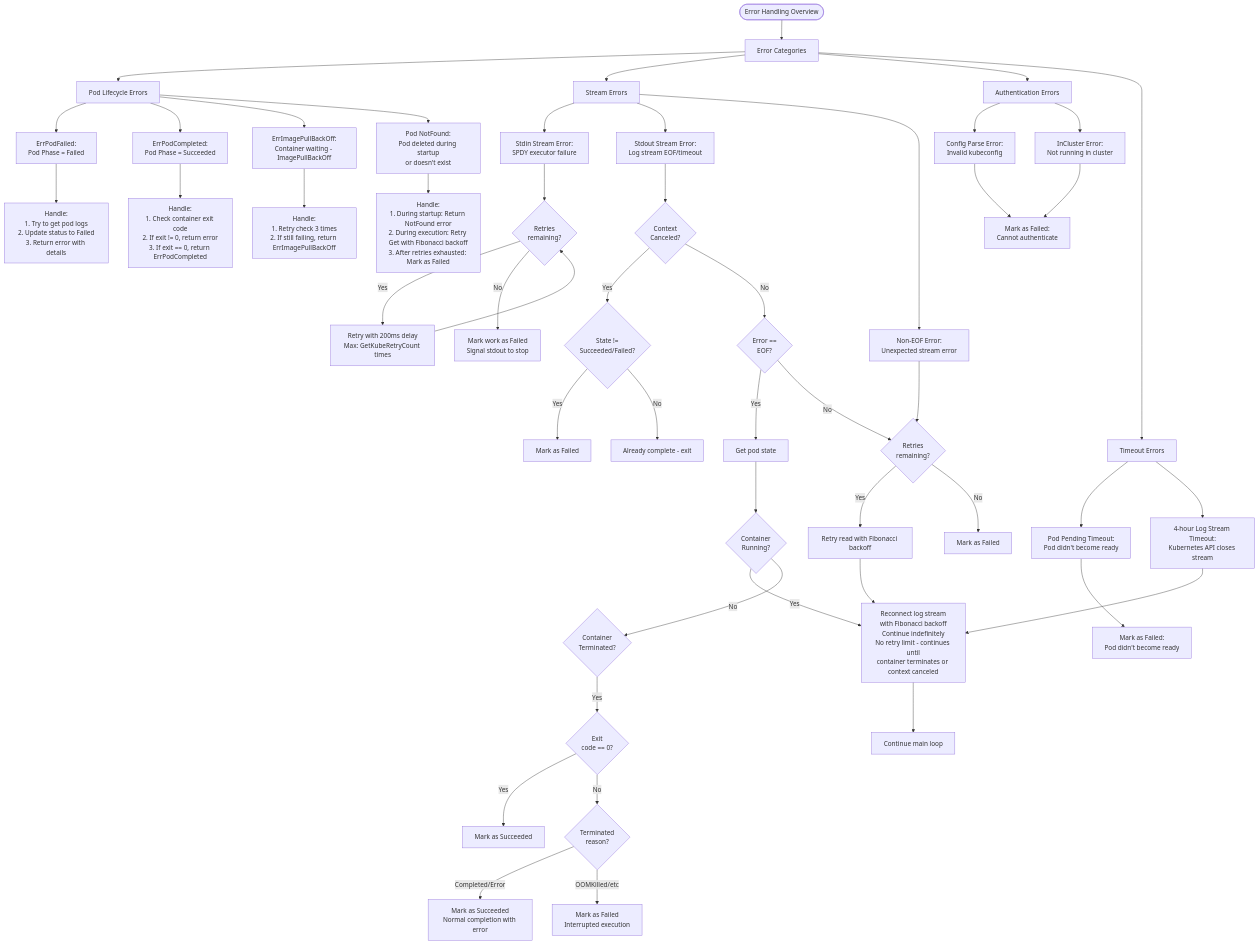
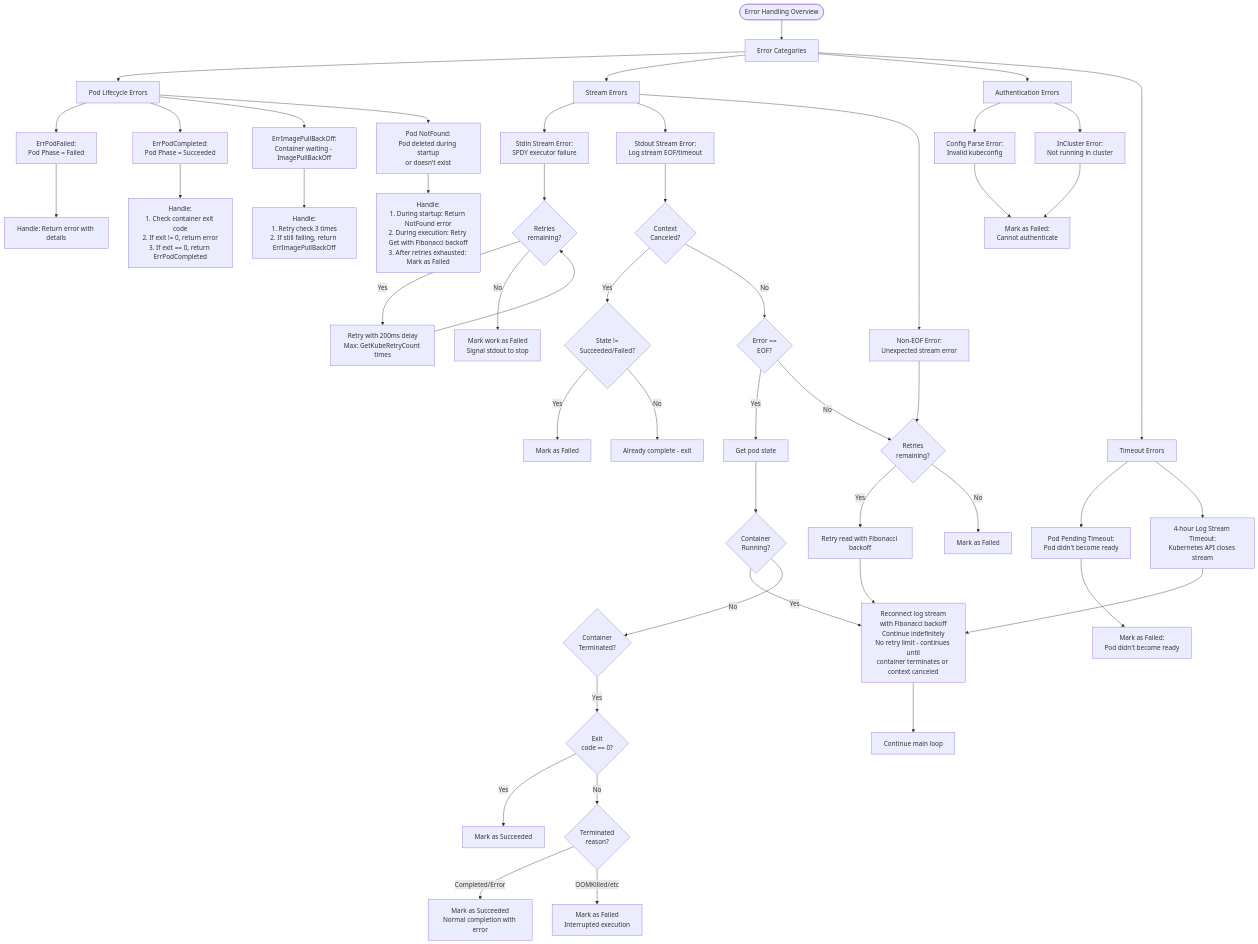
The seventh of 7 diagrams in docs/diagrams/kubernetes_workflow.md (ansible/receptor), drawn with Mermaid before and after one commit.

````diff
--- a/docs/diagrams/kubernetes_workflow.md
+++ b/docs/diagrams/kubernetes_workflow.md
@@ -683,69 +683,69 @@
 ```mermaid
 flowchart TD
     Start([Error Handling Overview]) --> ErrorTypes[Error Categories]
     
     ErrorTypes --> PodErrors[Pod Lifecycle Errors]
     ErrorTypes --> StreamErrors[Stream Errors]
     ErrorTypes --> AuthErrors[Authentication Errors]
     ErrorTypes --> TimeoutErrors[Timeout Errors]
     
     PodErrors --> PodFailed[ErrPodFailed:<br/>Pod Phase = Failed]
     PodErrors --> PodCompleted[ErrPodCompleted:<br/>Pod Phase = Succeeded]
     PodErrors --> ImagePullBack[ErrImagePullBackOff:<br/>Container waiting - ImagePullBackOff]
     PodErrors --> NotFound[Pod NotFound:<br/>Pod deleted during startup<br/>or doesn't exist]
 
     StreamErrors --> StdinError[Stdin Stream Error:<br/>SPDY executor failure]
     StreamErrors --> StdoutError[Stdout Stream Error:<br/>Log stream EOF/timeout]
     StreamErrors --> NonEOFError[Non-EOF Error:<br/>Unexpected stream error]
 
     AuthErrors --> ConfigError[Config Parse Error:<br/>Invalid kubeconfig]
     AuthErrors --> ClusterError[InCluster Error:<br/>Not running in cluster]
 
     TimeoutErrors --> PodPendingTimeout[Pod Pending Timeout:<br/>Pod didn't become ready]
     TimeoutErrors --> LogStreamTimeout[4-hour Log Stream Timeout:<br/>Kubernetes API closes stream]
 
-    PodFailed --> HandlePodFailed[Handle:<br/>1. Try to get pod logs<br/>2. Update status to Failed<br/>3. Return error with details]
+    PodFailed --> HandlePodFailed[Handle: Return error with details]
 
     PodCompleted --> HandlePodCompleted[Handle:<br/>1. Check container exit code<br/>2. If exit != 0, return error<br/>3. If exit == 0, return ErrPodCompleted]
 
     ImagePullBack --> HandleImagePull[Handle:<br/>1. Retry check 3 times<br/>2. If still failing, return ErrImagePullBackOff]
 
     NotFound --> HandleNotFound[Handle:<br/>1. During startup: Return NotFound error<br/>2. During execution: Retry Get with Fibonacci backoff<br/>3. After retries exhausted: Mark as Failed]
     
     StdinError --> RetryStdin{Retries<br/>remaining?}
     RetryStdin -->|Yes| RetryStdinAction[Retry with 200ms delay<br/>Max: GetKubeRetryCount times]
     RetryStdinAction --> RetryStdin
     RetryStdin -->|No| FailStdin[Mark work as Failed<br/>Signal stdout to stop]
     
     StdoutError --> CheckContext{Context<br/>Canceled?}
     CheckContext -->|Yes| CheckState{State !=<br/>Succeeded/Failed?}
     CheckState -->|Yes| FailContext[Mark as Failed]
     CheckState -->|No| ExitContext[Already complete - exit]
     
     CheckContext -->|No| CheckEOF{Error ==<br/>EOF?}
     CheckEOF -->|Yes| CheckPodState[Get pod state]
     CheckPodState --> PodRunning{Container<br/>Running?}
     PodRunning -->|Yes| ReconnectLogs[Reconnect log stream<br/>with Fibonacci backoff<br/>Continue indefinitely<br/>No retry limit - continues until<br/>container terminates or context canceled]
     
     PodRunning -->|No| PodTerminated{Container<br/>Terminated?}
     PodTerminated -->|Yes| CheckExit{Exit<br/>code == 0?}
     CheckExit -->|Yes| Success[Mark as Succeeded]
     CheckExit -->|No| CheckReason{Terminated<br/>reason?}
     CheckReason -->|Completed/Error| SuccessNormal[Mark as Succeeded<br/>Normal completion with error]
     CheckReason -->|OOMKilled/etc| FailInterrupted[Mark as Failed<br/>Interrupted execution]
     
     CheckEOF -->|No| RetryNonEOF{Retries<br/>remaining?}
     RetryNonEOF -->|Yes| RetryLogRead[Retry read with Fibonacci backoff]
     RetryLogRead --> ReconnectLogs
     RetryNonEOF -->|No| FailNonEOF[Mark as Failed]
     
     NonEOFError --> RetryNonEOF
     
     ConfigError --> FailAuth[Mark as Failed:<br/>Cannot authenticate]
     ClusterError --> FailAuth
     
     PodPendingTimeout --> FailTimeout[Mark as Failed:<br/>Pod didn't become ready]
     LogStreamTimeout --> ReconnectLogs
     
     ReconnectLogs --> MainLoop[Continue main loop]
 ```
````
